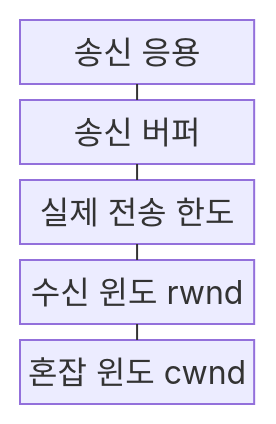
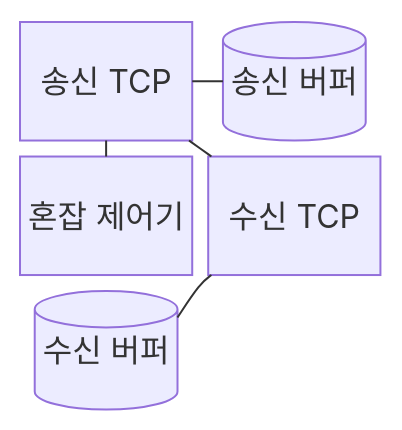
Before and after one commit to agnusdei1207/knowledge-base: the first of 2 diagrams in src/content/docs/notes/04-network/028_flow_control.md, drawn with Mermaid. The commit also changed other lines of this file and 20 other files, not shown here.

````diff
--- a/src/content/docs/notes/04-network/028_flow_control.md
+++ b/src/content/docs/notes/04-network/028_flow_control.md
@@ -61,13 +63,13 @@
 ```mermaid
-block-beta
-    columns 1
-    A["송신 응용"]
-    B["송신 버퍼"]
-    C["실제 전송 한도"]
-    D["수신 윈도 rwnd"]
-    E["혼잡 윈도 cwnd"]
+block
+    columns 2
+    A["송신 TCP"]
+    B[("송신 버퍼")]
+    C["혼잡 제어기"]
+    D["수신 TCP"]
+    E[("수신 버퍼")]
     A --- B
-    B --- C
-    C --- D
+    A --- C
+    A --- D
     D --- E
 ```
````
